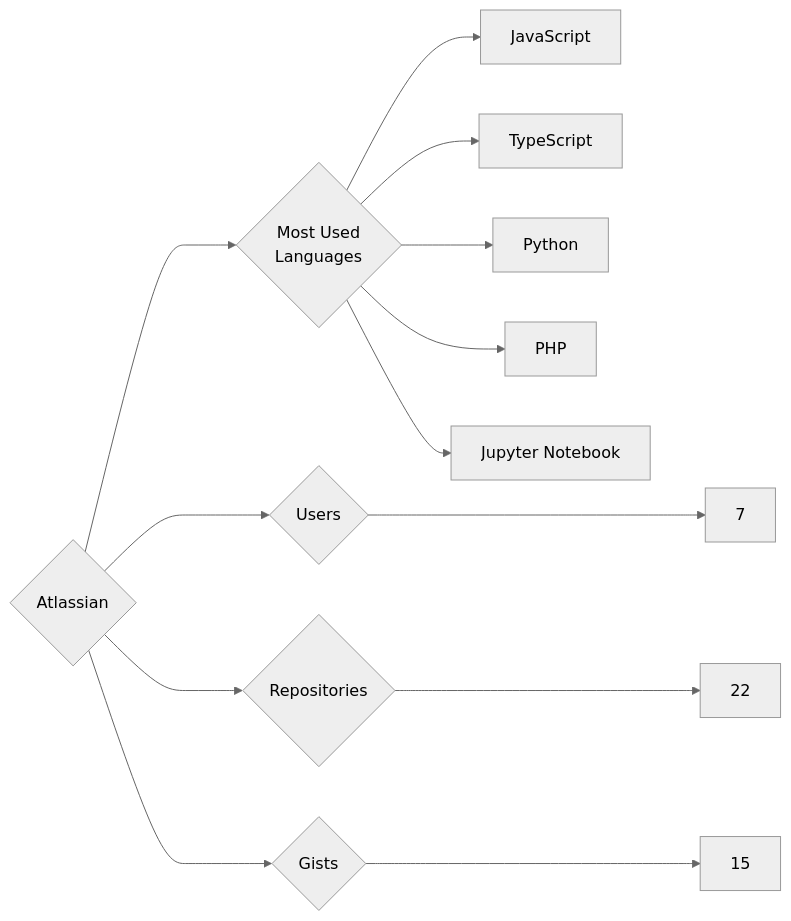
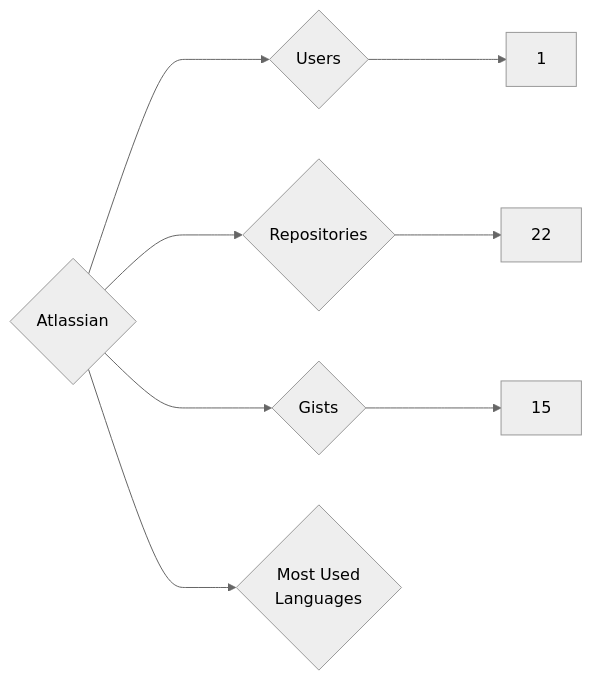
One commit to trickest/insiders changed the diagram in targets/Atlassian/README.md. Above: the diagram before and after it, drawn with Mermaid (neutral theme). The commit also changed 857 other files, not shown here.

````diff
--- a/targets/Atlassian/README.md
+++ b/targets/Atlassian/README.md
@@ -3,13 +3,8 @@
 ```mermaid
 graph LR
 COMPANY_NAME{Atlassian}
-COMPANY_NAME ---> U{Users} ---> UN[7]
+COMPANY_NAME ---> U{Users} ---> UN[1]
 COMPANY_NAME ---> R{Repositories} ---> RN[22]
 COMPANY_NAME ---> G{Gists} ---> GN[15]
 COMPANY_NAME ---> ML{Most Used<br>Languages}
-ML --> JavaScript[JavaScript]
-ML --> TypeScript[TypeScript]
-ML --> Python[Python]
-ML --> PHP[PHP]
-ML --> Jupyter_Notebook[Jupyter Notebook]
 ```
````
